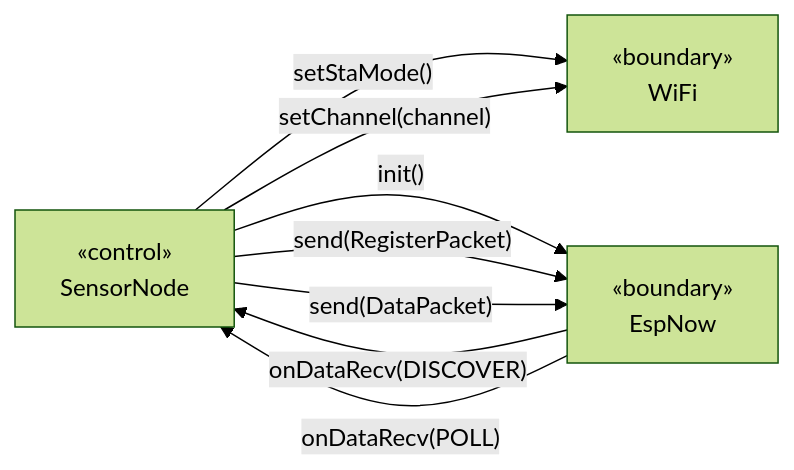
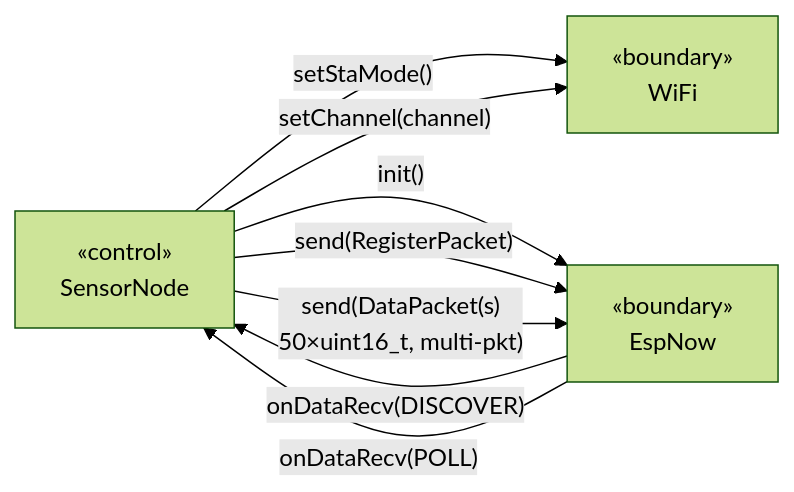
Before and after one commit to nepbuur1/godmode_sensorgrid: the diagram in apps/sensorgrid_v3/sensor_v3/doc/mermaid/sensor_v3_object_model.mmd, drawn with Mermaid (forest theme). The commit also changed 14 other files, not shown here.

```diff
--- a/apps/sensorgrid_v3/sensor_v3/doc/mermaid/sensor_v3_object_model.mmd
+++ b/apps/sensorgrid_v3/sensor_v3/doc/mermaid/sensor_v3_object_model.mmd
@@ -1,15 +1,16 @@
 graph LR
     SensorNode["&laquo;control&raquo;
 SensorNode"]
     WiFi["&laquo;boundary&raquo;
 WiFi"]
     EspNow["&laquo;boundary&raquo;
 EspNow"]
 
     SensorNode -- "setStaMode()" --> WiFi
     SensorNode -- "setChannel(channel)" --> WiFi
     SensorNode -- "init()" --> EspNow
     EspNow -- "onDataRecv(DISCOVER)" --> SensorNode
     SensorNode -- "send(RegisterPacket)" --> EspNow
     EspNow -- "onDataRecv(POLL)" --> SensorNode
-    SensorNode -- "send(DataPacket)" --> EspNow
+    SensorNode -- "send(DataPacket(s)
+50×uint16_t, multi-pkt)" --> EspNow
```
